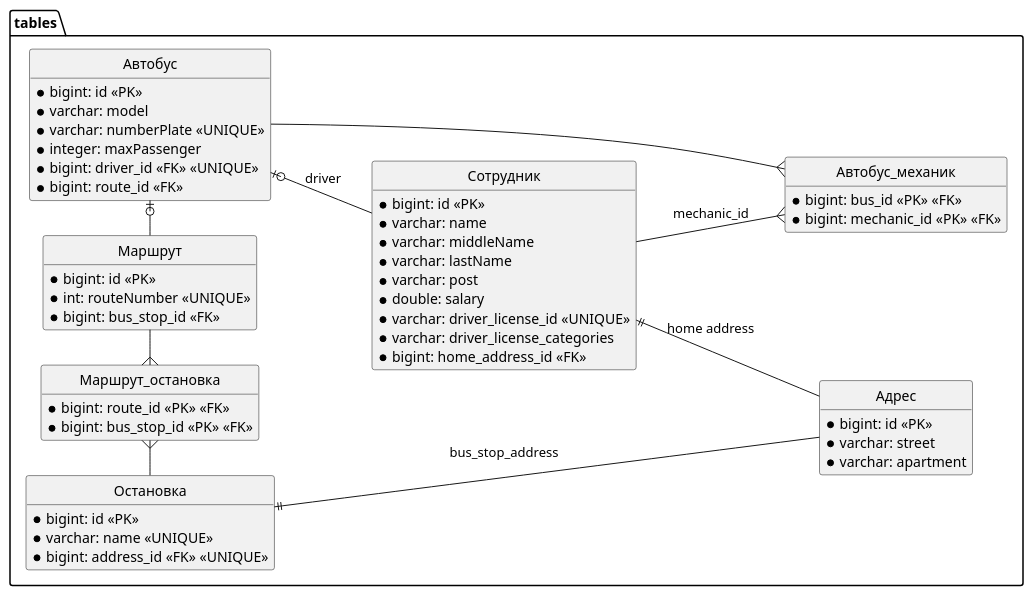
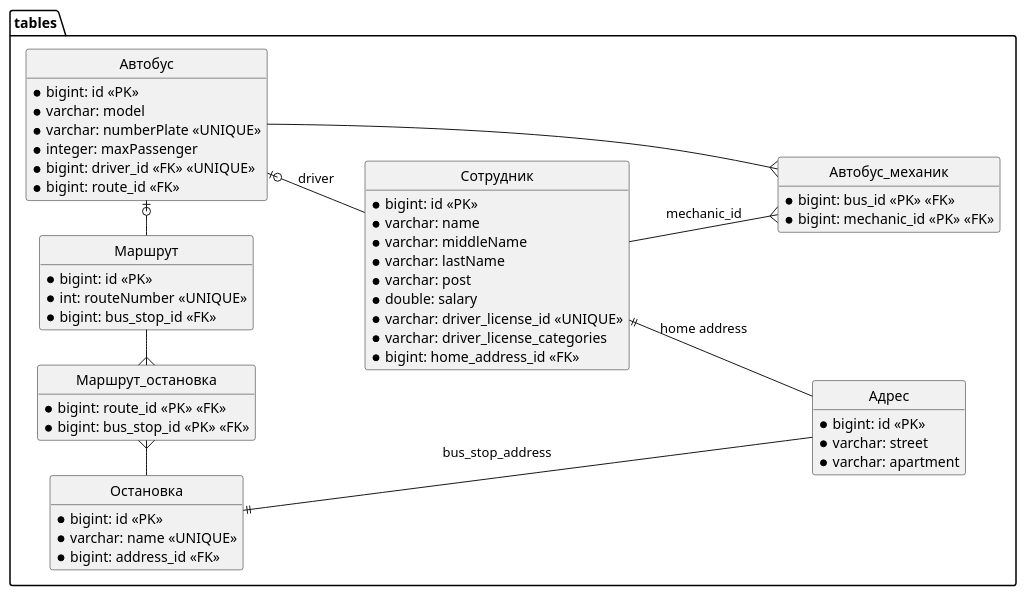
One commit to itolstov09/bus-park changed the diagram in docs/TableDiagram.puml. Above: the diagram before and after it, drawn with PlantUML.

Commit message:
docs: upd table diagram

```diff
--- a/docs/TableDiagram.puml
+++ b/docs/TableDiagram.puml
@@ -1,81 +1,81 @@
 @startuml
 'https://plantuml.com/class-diagram
 
 'top to bottom direction
 left to right direction
 
 
 package tables {
 
     hide empty member
     hide circle
 
 
 
     entity "Адрес" as address {
         * bigint: id <<PK>>
         * varchar: street
         * varchar: apartment
     }
 
     entity "Автобус" as bus {
         * bigint: id <<PK>>
         * varchar: model
         * varchar: numberPlate <<UNIQUE>>
         * integer: maxPassenger
         * bigint: driver_id <<FK>> <<UNIQUE>>
         * bigint: route_id <<FK>>
     }
 
     entity "Сотрудник" as employee {
         * bigint: id <<PK>>
         * varchar: name
         * varchar: middleName
         * varchar: lastName
         * varchar: post
         * double: salary
         * varchar: driver_license_id <<UNIQUE>>
         * varchar: driver_license_categories
         * bigint: home_address_id <<FK>>
     }
 
     employee ||-- address: "home address"
 
 
     bus  |o-- employee: driver
 
     entity "Автобус_механик" as bus_mechanic {
         * bigint: bus_id <<PK>> <<FK>>
         * bigint: mechanic_id <<PK>> <<FK>>
     }
 
     bus_mechanic }-- bus
     employee --{ bus_mechanic: mechanic_id
 
 
 
     entity "Остановка" as busstop {
         * bigint: id <<PK>>
         * varchar: name <<UNIQUE>>
-        * bigint: address_id <<FK>> <<UNIQUE>>
+        * bigint: address_id <<FK>>
     }
 
     busstop ||- address: bus_stop_address
 
     entity "Маршрут" as route {
         * bigint: id <<PK>>
         * int: routeNumber <<UNIQUE>>
         * bigint: bus_stop_id <<FK>>
     }
     route  -o|  bus
 
     entity "Маршрут_остановка" as route_busstop {
         * bigint: route_id <<PK>> <<FK>>
         * bigint: bus_stop_id <<PK>> <<FK>>
 
     }
     route_busstop }- route
     busstop -{ route_busstop
 
 }
 @enduml
```
